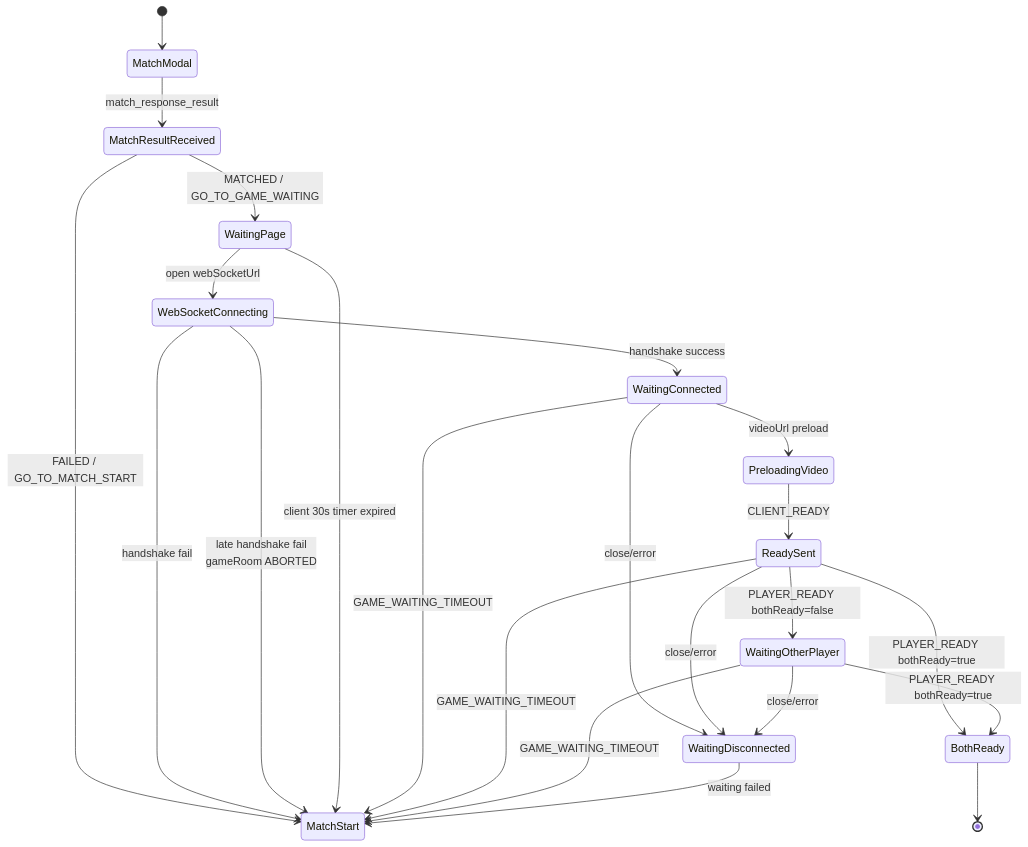
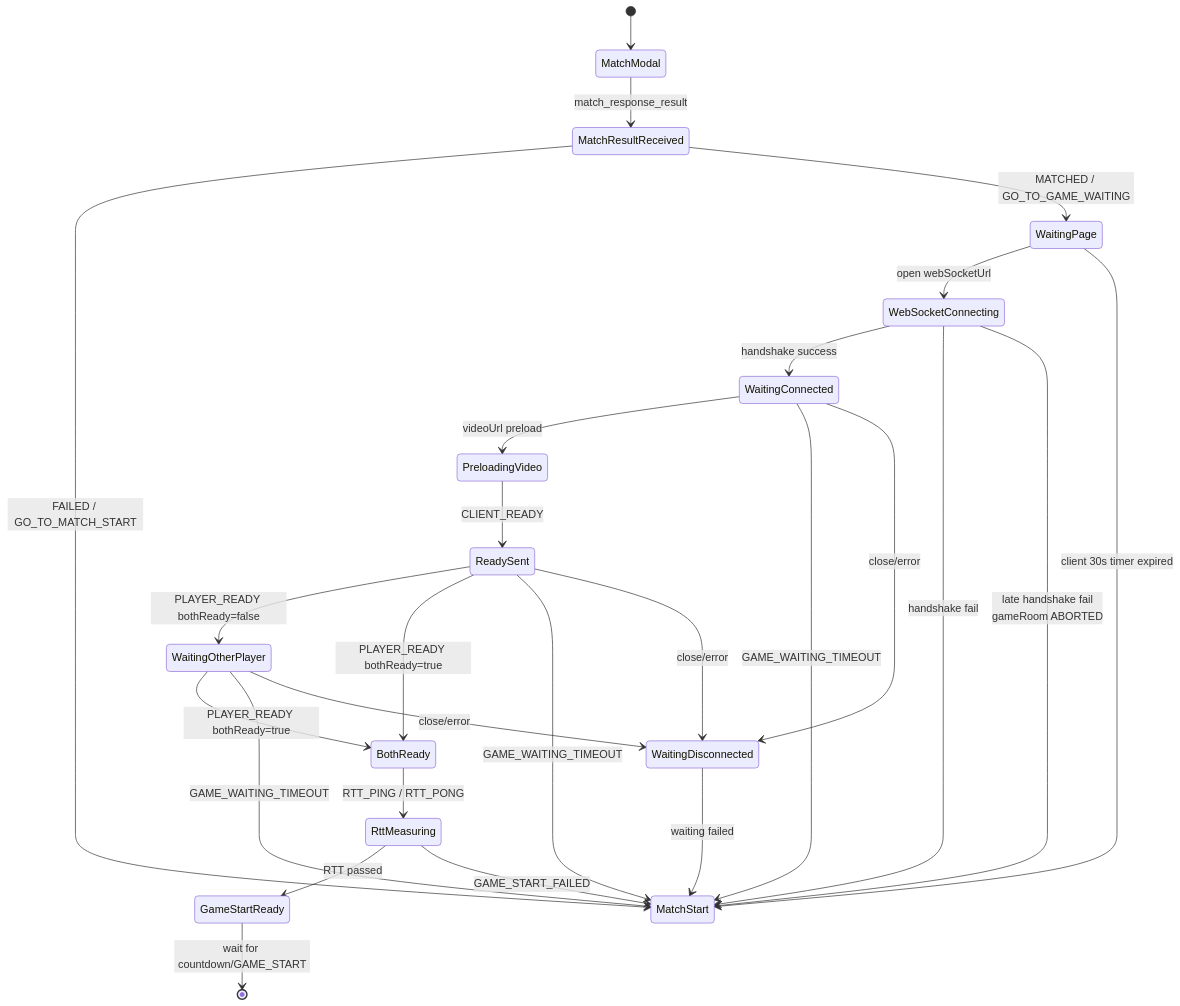
Before and after one commit to moonwhistle/League-of-Star: diagram 11 of 11 in docs/project/websocket client.md, drawn with Mermaid. The commit also changed other lines of this file and 9 other files, not shown here.

````diff
--- a/docs/project/websocket client.md
+++ b/docs/project/websocket client.md
@@ -442,25 +505,28 @@
 ```mermaid
 stateDiagram-v2
     [*] --> MatchModal
     MatchModal --> MatchResultReceived: match_response_result
     MatchResultReceived --> MatchStart: FAILED / GO_TO_MATCH_START
     MatchResultReceived --> WaitingPage: MATCHED / GO_TO_GAME_WAITING
     WaitingPage --> WebSocketConnecting: open webSocketUrl
     WebSocketConnecting --> WaitingConnected: handshake success
     WebSocketConnecting --> MatchStart: handshake fail
     WaitingConnected --> PreloadingVideo: videoUrl preload
     PreloadingVideo --> ReadySent: CLIENT_READY
     ReadySent --> WaitingOtherPlayer: PLAYER_READY bothReady=false
     ReadySent --> BothReady: PLAYER_READY bothReady=true
     WaitingOtherPlayer --> BothReady: PLAYER_READY bothReady=true
+    BothReady --> RttMeasuring: RTT_PING / RTT_PONG
+    RttMeasuring --> GameStartReady: RTT passed
+    RttMeasuring --> MatchStart: GAME_START_FAILED
     WebSocketConnecting --> MatchStart: late handshake fail<br/>gameRoom ABORTED
     WaitingPage --> MatchStart: client 30s timer expired
     WaitingConnected --> MatchStart: GAME_WAITING_TIMEOUT
     ReadySent --> MatchStart: GAME_WAITING_TIMEOUT
     WaitingOtherPlayer --> MatchStart: GAME_WAITING_TIMEOUT
     WaitingConnected --> WaitingDisconnected: close/error
     ReadySent --> WaitingDisconnected: close/error
     WaitingOtherPlayer --> WaitingDisconnected: close/error
     WaitingDisconnected --> MatchStart: waiting failed
-    BothReady --> [*]
+    GameStartReady --> [*]: wait for countdown/GAME_START
 ```
````
